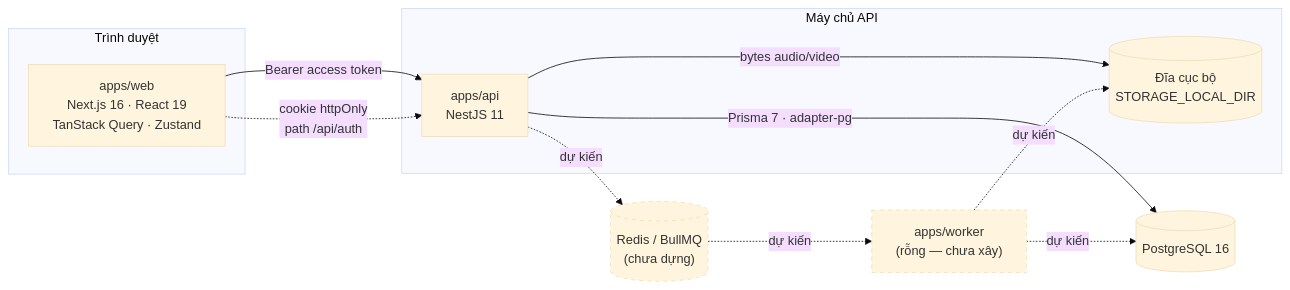
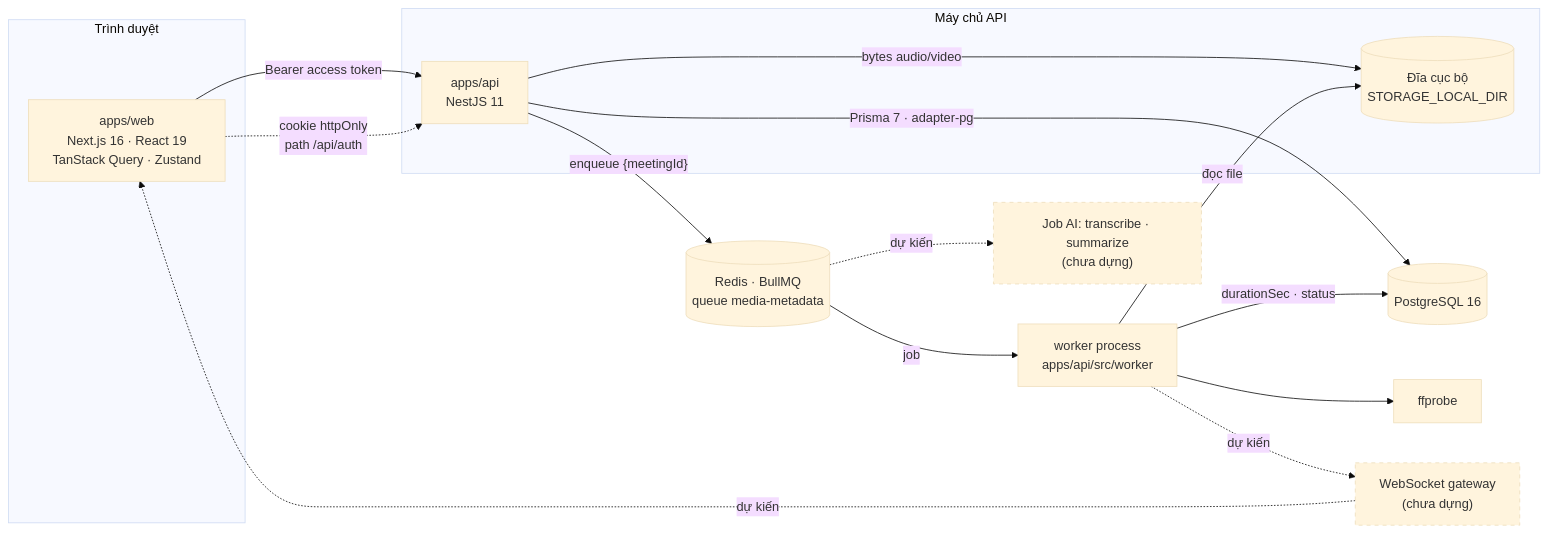
One commit to PKTam107/ai-meeting-assistant changed the first of 7 diagrams in docs/diagrams/system-architecture.md. Above: the diagram before and after it, drawn with Mermaid (base theme). The commit also changed other lines of this file and 36 other files, not shown here.

````diff
--- a/docs/diagrams/system-architecture.md
+++ b/docs/diagrams/system-architecture.md
@@ -9,28 +9,36 @@
 ```mermaid
 flowchart LR
     subgraph Browser["Trình duyệt"]
         WEB["apps/web<br/>Next.js 16 · React 19<br/>TanStack Query · Zustand"]
     end
 
     subgraph Server["Máy chủ API"]
         API["apps/api<br/>NestJS 11"]
         STORE[("Đĩa cục bộ<br/>STORAGE_LOCAL_DIR")]
     end
 
     DB[("PostgreSQL 16")]
 
     WEB -->|"Bearer access token"| API
     WEB -.->|"cookie httpOnly<br/>path /api/auth"| API
     API -->|"Prisma 7 · adapter-pg"| DB
     API -->|"bytes audio/video"| STORE
 
-    WORKER["apps/worker<br/>(rỗng — chưa xây)"]
-    QUEUE[("Redis / BullMQ<br/>(chưa dựng)")]
-    API -.->|dự kiến| QUEUE
-    QUEUE -.->|dự kiến| WORKER
-    WORKER -.->|dự kiến| DB
-    WORKER -.->|dự kiến| STORE
+    WORKER["worker process<br/>apps/api/src/worker"]
+    QUEUE[("Redis · BullMQ<br/>queue media-metadata")]
+    FF["ffprobe"]
+    API -->|"enqueue {meetingId}"| QUEUE
+    QUEUE -->|job| WORKER
+    WORKER -->|"durationSec · status"| DB
+    WORKER -->|"đọc file"| STORE
+    WORKER --> FF
 
-    style WORKER stroke-dasharray: 5 5
-    style QUEUE stroke-dasharray: 5 5
+    WS["WebSocket gateway<br/>(chưa dựng)"]
+    AI["Job AI: transcribe · summarize<br/>(chưa dựng)"]
+    QUEUE -.->|dự kiến| AI
+    WORKER -.->|dự kiến| WS
+    WS -.->|dự kiến| WEB
+
+    style WS stroke-dasharray: 5 5
+    style AI stroke-dasharray: 5 5
 ```
````
